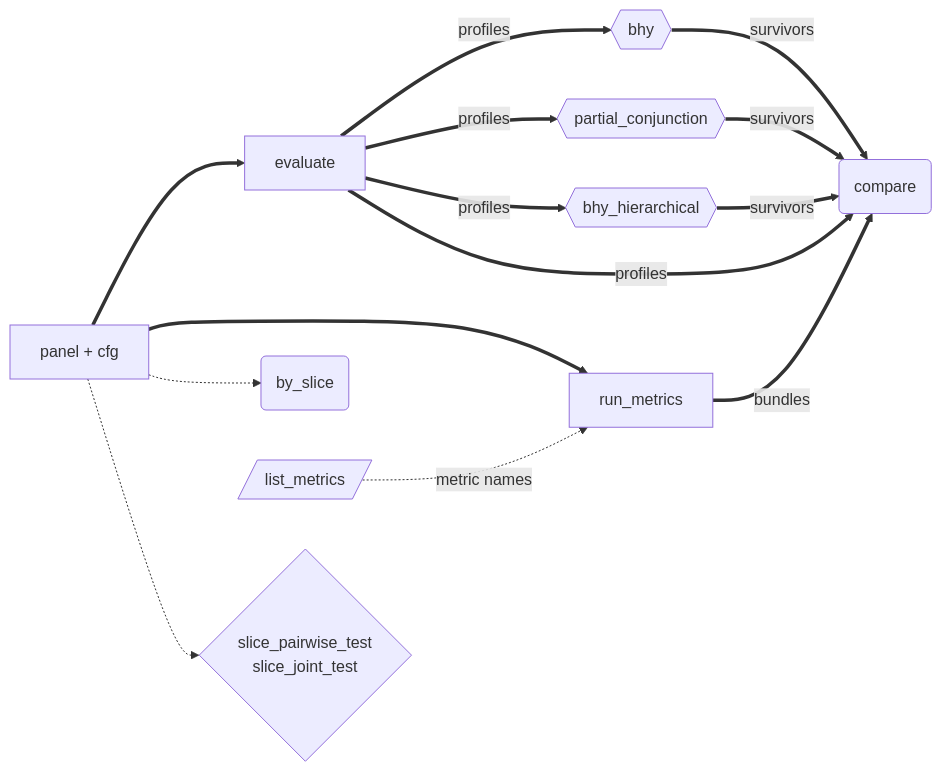
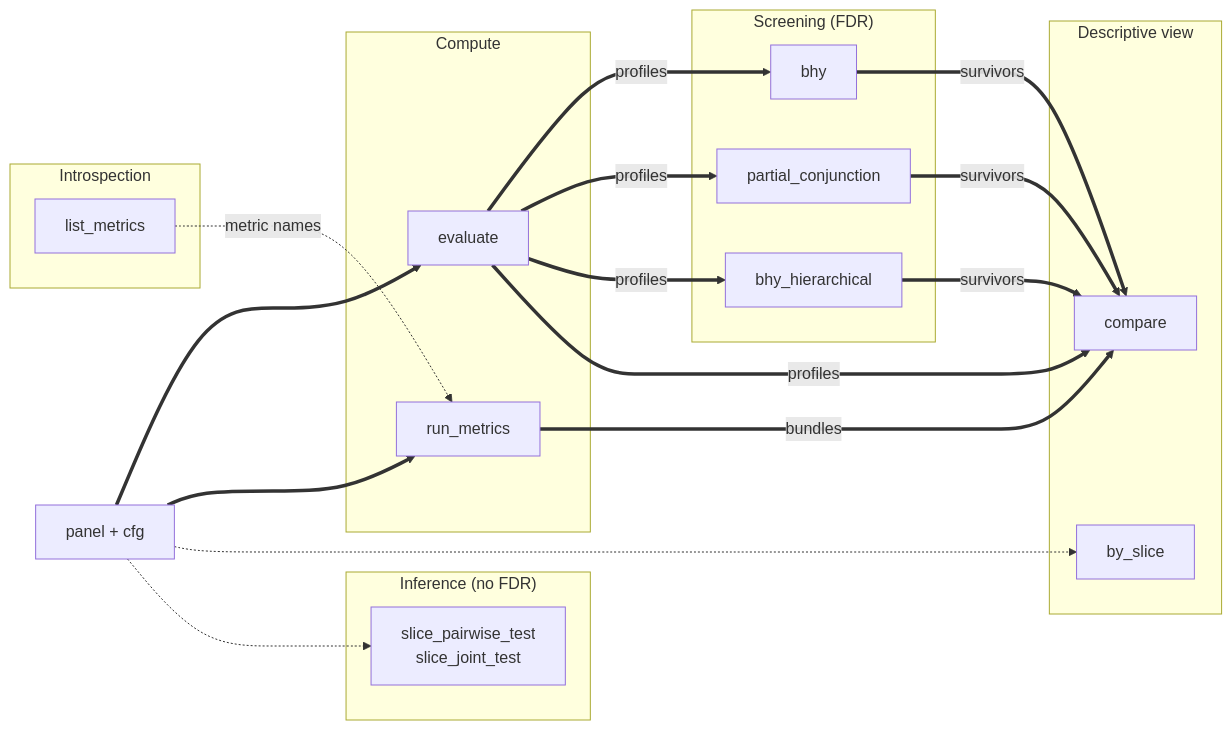
One commit to awwesomeman/factrix changed the diagram in docs/api/index.md. Above: the diagram before and after it, drawn with Mermaid. The commit also changed other lines of this file, not shown here.

Commit message:
docs(api): mermaid — group nodes by category subgraph
Switch from shape-encoded category to subgraph grouping. The previous
shape map abused ANSI/ISO 5807 flowchart conventions: diamond ({}) is
the standardised decision-branch shape, parallelogram ([/ /]) is I/O,
rounded (()) is start/end terminator, hexagon ({{}}) is loop
preparation. Using those shapes as opaque category markers conflicts
with what a reader fluent in flowchart conventions expects each shape
to encode.

Subgraph grouping is the idiomatic Mermaid way to express "these
nodes belong together" without overloading flowchart shapes. All
nodes are now plain rectangles; the labelled subgraph frames carry
the category. This is the same pattern Mermaid's own examples and
most mainstream architecture diagrams (C4 model variants, sklearn
pipeline graphs) use.

Refs #164

````diff
--- a/docs/api/index.md
+++ b/docs/api/index.md
@@ -7,37 +7,52 @@
 ```mermaid
 flowchart LR
     P[panel + cfg]
-    EV[evaluate]
-    RM[run_metrics]
-    BS(by_slice)
-    ST{"slice_pairwise_test<br/>slice_joint_test"}
-    BHY{{bhy}}
-    PC{{partial_conjunction}}
-    BHYH{{bhy_hierarchical}}
-    LM[/list_metrics/]
-    CMP(compare)
+
+    subgraph Compute
+        EV[evaluate]
+        RM[run_metrics]
+    end
+
+    subgraph Screening["Screening (FDR)"]
+        BHY[bhy]
+        PC[partial_conjunction]
+        BHYH[bhy_hierarchical]
+    end
+
+    subgraph Inference["Inference (no FDR)"]
+        ST["slice_pairwise_test<br/>slice_joint_test"]
+    end
+
+    subgraph View["Descriptive view"]
+        BS[by_slice]
+        CMP[compare]
+    end
+
+    subgraph Introspection
+        LM[list_metrics]
+    end
 
     P ==> EV
     P ==> RM
     P -.-> BS
     P -.-> ST
     EV ==>|profiles| BHY
     EV ==>|profiles| PC
     EV ==>|profiles| BHYH
     EV ==>|profiles| CMP
     RM ==>|bundles| CMP
     BHY ==>|survivors| CMP
     PC ==>|survivors| CMP
     BHYH ==>|survivors| CMP
     LM -.->|metric names| RM
 
     click EV "evaluate/" "evaluate API"
     click RM "run-metrics/" "run_metrics API"
     click BS "by-slice/" "by_slice API"
     click ST "slice-test/" "slice_pairwise_test / slice_joint_test API"
     click BHY "multi-factor/" "bhy API"
     click PC "partial-conjunction/" "partial_conjunction API"
     click BHYH "bhy-hierarchical/" "bhy_hierarchical API"
     click LM "list-metrics/" "list_metrics API"
     click CMP "compare/" "compare API"
 ```
````
